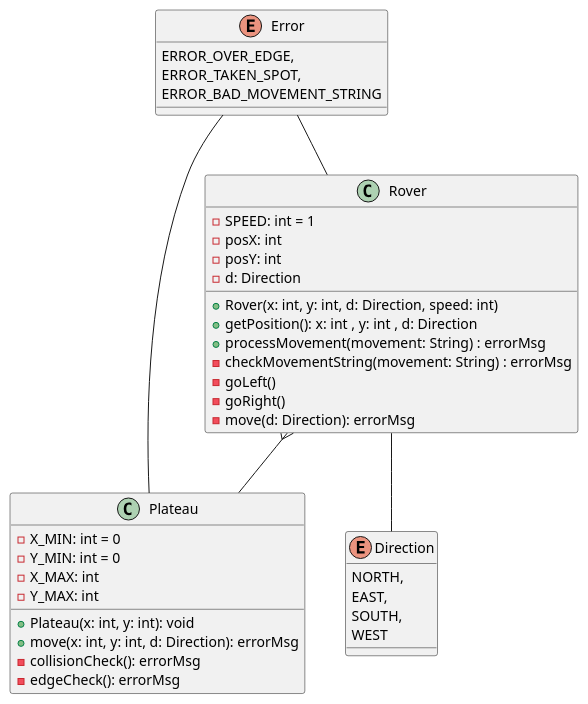
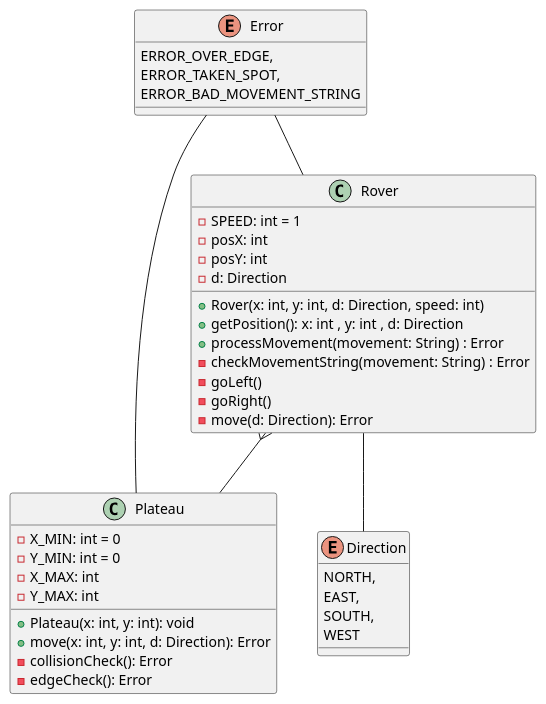
Before and after one commit to abinormal/mars-rover-kata: the diagram in mars-rover.puml, drawn with PlantUML.

Commit message:
Corrected return - Error

```diff
--- a/mars-rover.puml
+++ b/mars-rover.puml
@@ -1,50 +1,50 @@
 @startuml
 'https://plantuml.com/class-diagram
 
 Rover }-- Plateau
 Rover -- Direction
 
 Error -- Plateau
 Error -- Rover
 
 class Plateau {
 - X_MIN: int = 0
 - Y_MIN: int = 0
 - X_MAX: int
 - Y_MAX: int
 
 + Plateau(x: int, y: int): void
-+ move(x: int, y: int, d: Direction): errorMsg
-- collisionCheck(): errorMsg
-- edgeCheck(): errorMsg
++ move(x: int, y: int, d: Direction): Error
+- collisionCheck(): Error
+- edgeCheck(): Error
 }
 
 class Rover {
 - SPEED: int = 1
 - posX: int
 - posY: int
 - d: Direction
 
 + Rover(x: int, y: int, d: Direction, speed: int)
 + getPosition(): x: int , y: int , d: Direction
-+ processMovement(movement: String) : errorMsg
-- checkMovementString(movement: String) : errorMsg
++ processMovement(movement: String) : Error
+- checkMovementString(movement: String) : Error
 - goLeft()
 - goRight()
-- move(d: Direction): errorMsg
+- move(d: Direction): Error
 }
 
 enum Error {
     ERROR_OVER_EDGE,
     ERROR_TAKEN_SPOT,
     ERROR_BAD_MOVEMENT_STRING
 }
 
 enum Direction {
 NORTH,
 EAST,
 SOUTH,
 WEST
 }
 
 @enduml
```
